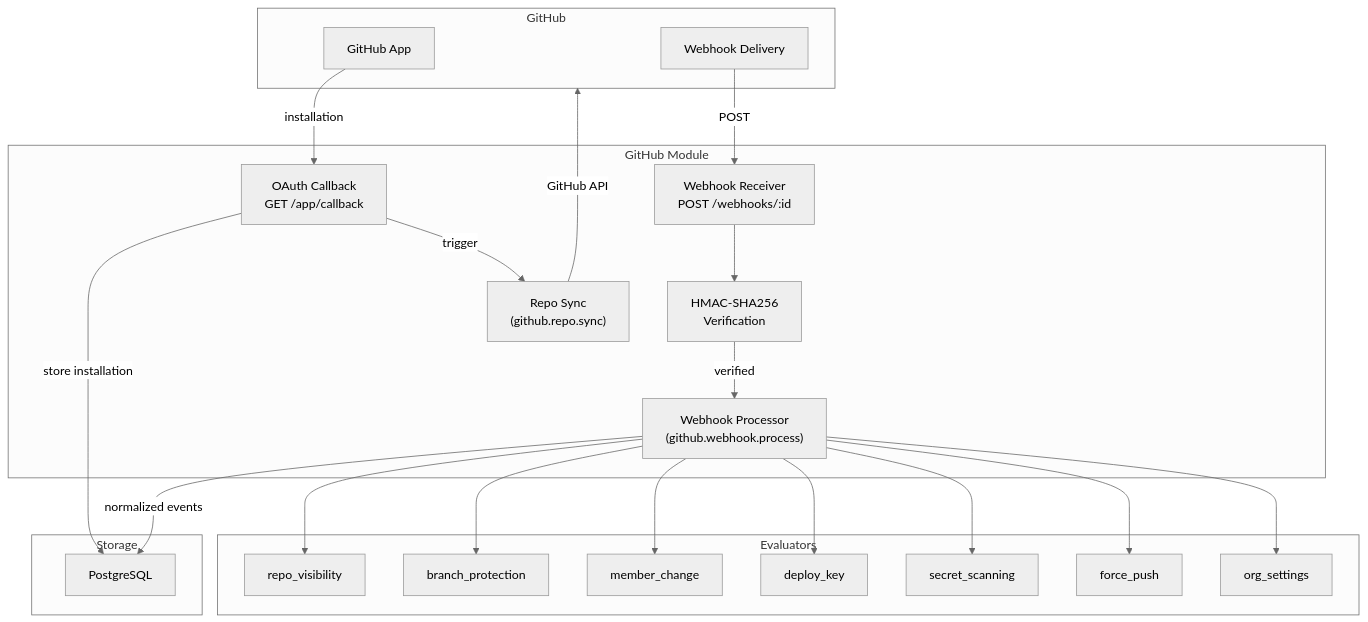
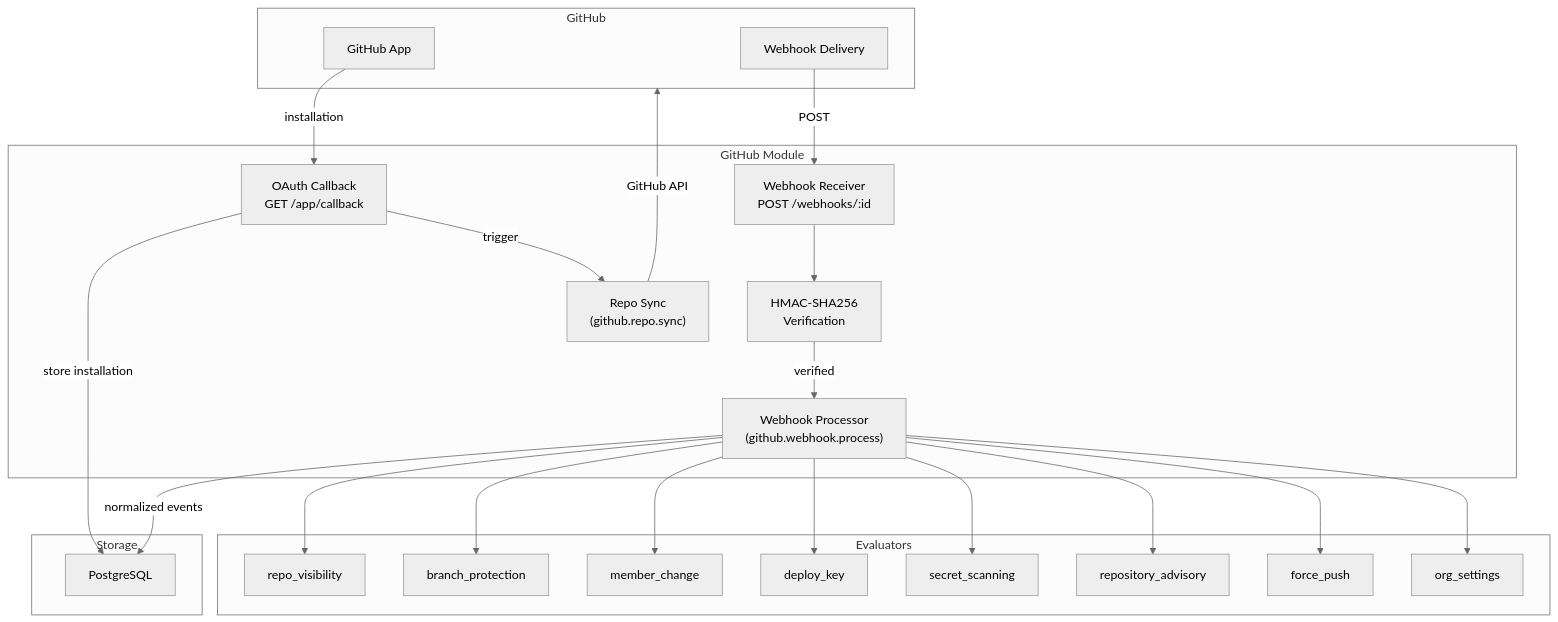
Before and after one commit to OpSecWeb3/sentinel: the diagram in docs/app/modules/github.md, drawn with Mermaid (neutral theme). The commit also changed other lines of this file and 16 other files, not shown here.

````diff
--- a/docs/app/modules/github.md
+++ b/docs/app/modules/github.md
@@ -9,39 +9,40 @@
 ```mermaid
 graph TB
     subgraph GitHub
         GHApp["GitHub App"]
         GHWebhook["Webhook Delivery"]
     end
 
     subgraph "GitHub Module"
         WH["Webhook Receiver<br/>POST /webhooks/:id"]
         HMAC["HMAC-SHA256<br/>Verification"]
         Proc["Webhook Processor<br/>(github.webhook.process)"]
         Sync["Repo Sync<br/>(github.repo.sync)"]
         OAuth["OAuth Callback<br/>GET /app/callback"]
     end
 
     subgraph Evaluators
         RV["repo_visibility"]
         BP["branch_protection"]
         MC["member_change"]
         DK["deploy_key"]
         SS["secret_scanning"]
+        RA["repository_advisory"]
         FP["force_push"]
         OS["org_settings"]
     end
 
     subgraph Storage
         PG["PostgreSQL"]
     end
 
     GHApp -->|installation| OAuth
     GHWebhook -->|POST| WH
     WH --> HMAC
     HMAC -->|verified| Proc
     Proc -->|normalized events| PG
-    Proc --> RV & BP & MC & DK & SS & FP & OS
+    Proc --> RV & BP & MC & DK & SS & RA & FP & OS
     OAuth -->|store installation| PG
     OAuth -->|trigger| Sync
     Sync -->|GitHub API| GitHub
 ```
````
